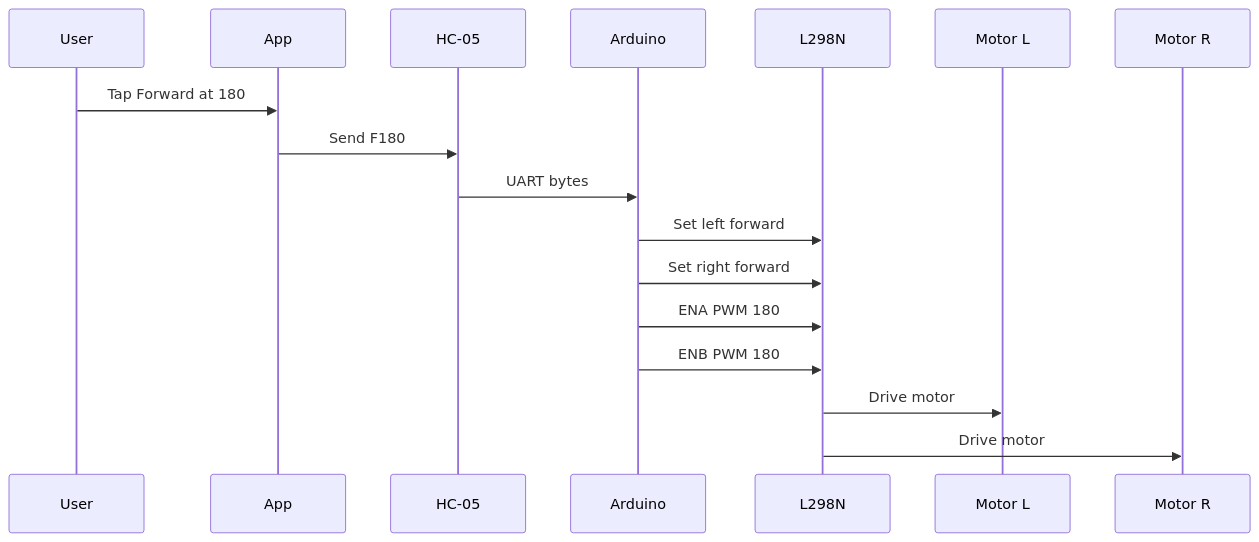
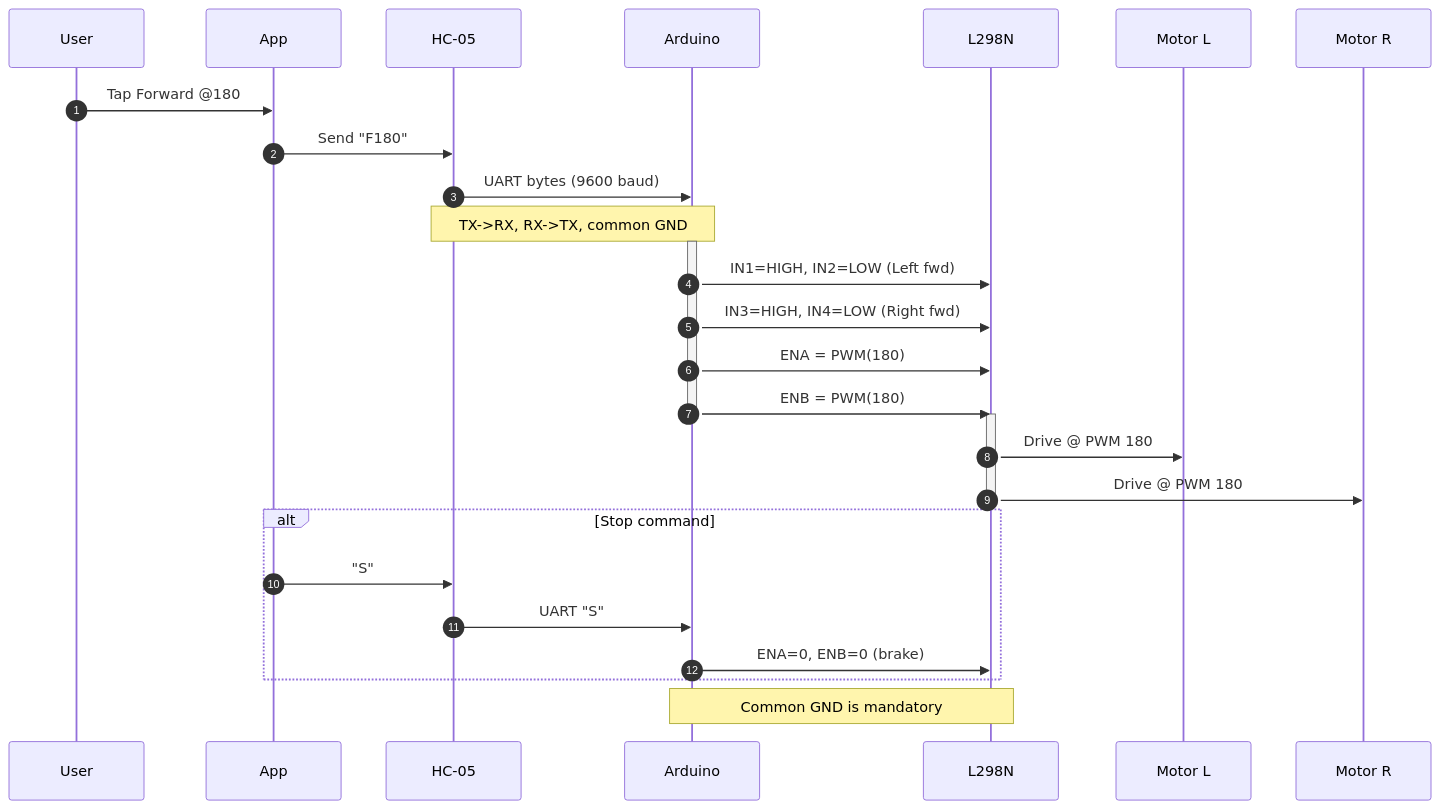
The second of 2 diagrams in beginers_approach.md (manu-embeddedlinux/Embedded_systems_Basics.github.io), drawn with Mermaid before and after one commit.

Commit message:
Update sequence diagram for motor control flow

````diff
--- a/beginers_approach.md
+++ b/beginers_approach.md
@@ -338,21 +338,37 @@
 ```mermaid
 sequenceDiagram
+  autonumber
   participant User
   participant App
   participant HC05 as HC-05
   participant AVR as Arduino
   participant Driver as L298N
   participant M1 as Motor L
   participant M2 as Motor R
 
-  User->>App: Tap Forward at 180
-  App->>HC05: Send F180
-  HC05->>AVR: UART bytes
-  AVR->>Driver: Set left forward
-  AVR->>Driver: Set right forward
-  AVR->>Driver: ENA PWM 180
-  AVR->>Driver: ENB PWM 180
-  Driver->>M1: Drive motor
-  Driver->>M2: Drive motor
+  User->>App: Tap Forward @180
+  App->>HC05: Send "F180"
+  HC05->>AVR: UART bytes (9600 baud)
+  Note over HC05,AVR: TX->RX, RX->TX, common GND
+
+  activate AVR
+  AVR->>Driver: IN1=HIGH, IN2=LOW  (Left fwd)
+  AVR->>Driver: IN3=HIGH, IN4=LOW  (Right fwd)
+  AVR->>Driver: ENA = PWM(180)
+  AVR->>Driver: ENB = PWM(180)
+  deactivate AVR
+
+  activate Driver
+  Driver->>M1: Drive @ PWM 180
+  Driver->>M2: Drive @ PWM 180
+  deactivate Driver
+
+  alt Stop command
+    App->>HC05: "S"
+    HC05->>AVR: UART "S"
+    AVR->>Driver: ENA=0, ENB=0 (brake)
+  end
+
+  Note over AVR,Driver: Common GND is mandatory
 
 ```
````
